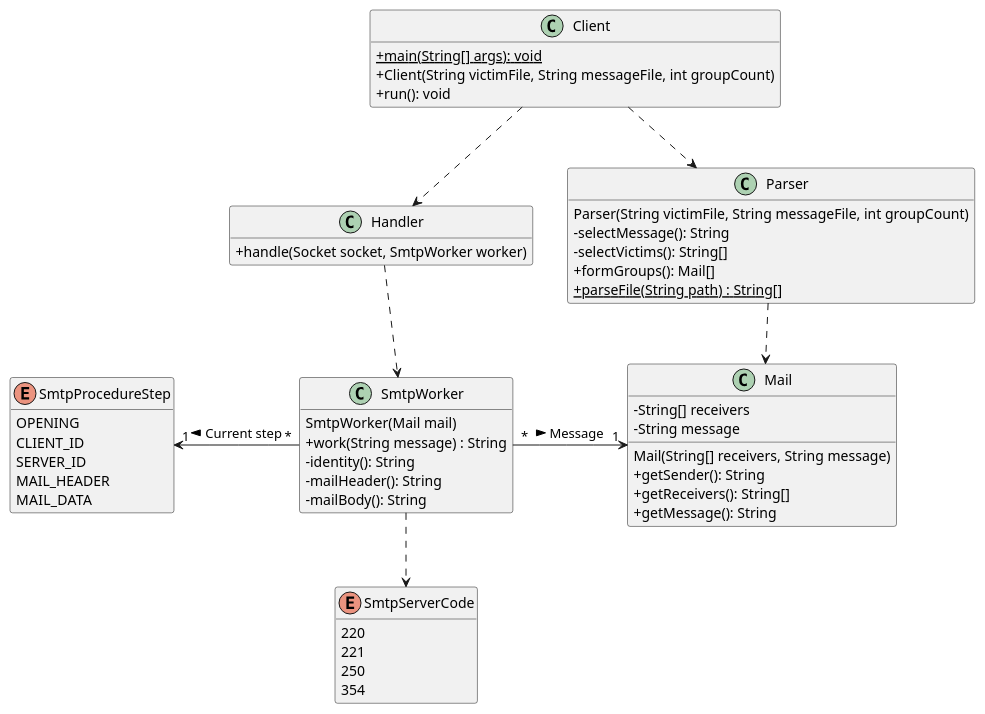
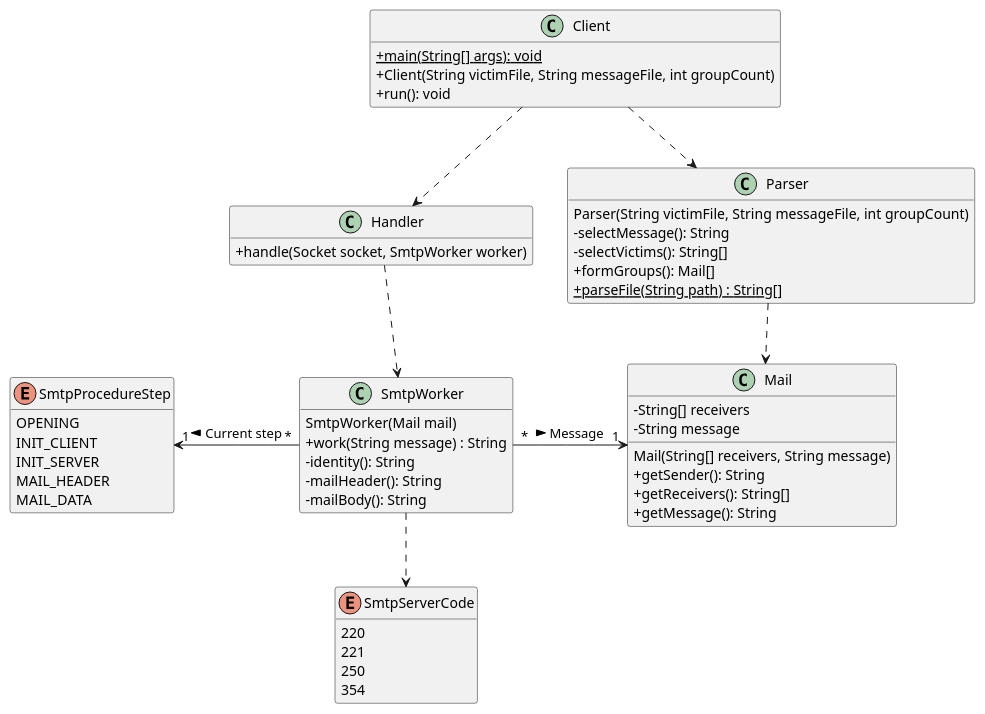
One commit to a-mango/dai-lab-smtp changed the diagram in doc/class_diagram.puml. Above: the diagram before and after it, drawn with PlantUML.

Commit message:
rfr: rename enum members

```diff
--- a/doc/class_diagram.puml
+++ b/doc/class_diagram.puml
@@ -1,67 +1,67 @@
 @startuml
 'https://plantuml.com/class-diagram
 skinparam classAttributeIconSize 0
 skinparam groupInheritance 3
 hide empty methods
 hide empty members
 
 class Client {
     {static} + main(String[] args): void
     + Client(String victimFile, String messageFile, int groupCount)
     + run(): void
 }
 
 class Handler {
     + handle(Socket socket, SmtpWorker worker)
 }
 
 class SmtpWorker {
     SmtpWorker(Mail mail)
     + work(String message) : String
     - identity(): String
     - mailHeader(): String
     - mailBody(): String
 }
 
 enum SmtpProcedureStep {
     OPENING
-    CLIENT_ID
-    SERVER_ID
+    INIT_CLIENT
+    INIT_SERVER
     MAIL_HEADER
     MAIL_DATA
 }
 
 enum SmtpServerCode {
     220
     221
     250
     354
 }
 
 class Parser {
     Parser(String victimFile, String messageFile, int groupCount)
     - selectMessage(): String
     - selectVictims(): String[]
     + formGroups(): Mail[]
     {static} + parseFile(String path) : String[]
 }
 
 class Mail {
     - String[] receivers
     - String message
 
     Mail(String[] receivers, String message)
     + getSender(): String
     + getReceivers(): String[]
     + getMessage(): String
 }
 
 
 Client ..> Handler
 Client ..> Parser
 Handler .down.> SmtpWorker
 Parser ..> Mail
 SmtpWorker "*" -right-> "1" Mail : "Message >"
 SmtpWorker "*" -left-> "1" SmtpProcedureStep : "Current step >"
 SmtpWorker .down.> SmtpServerCode
 @enduml
```
